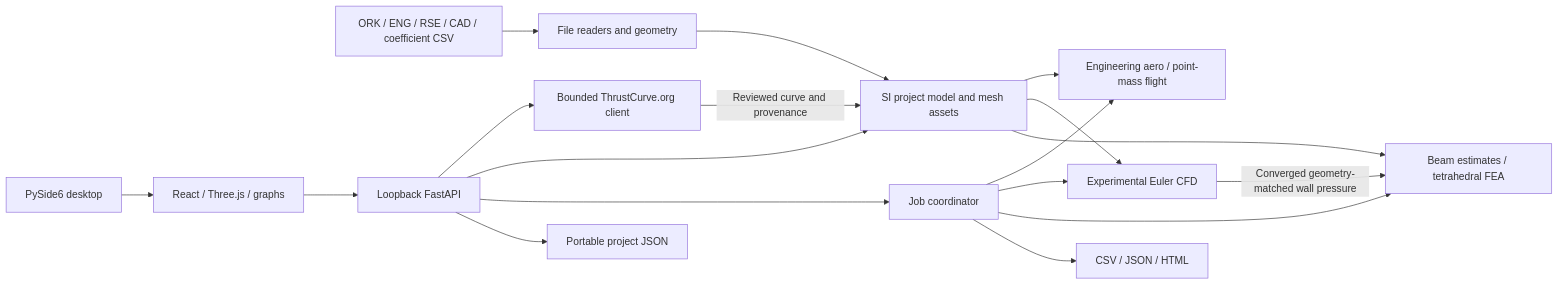
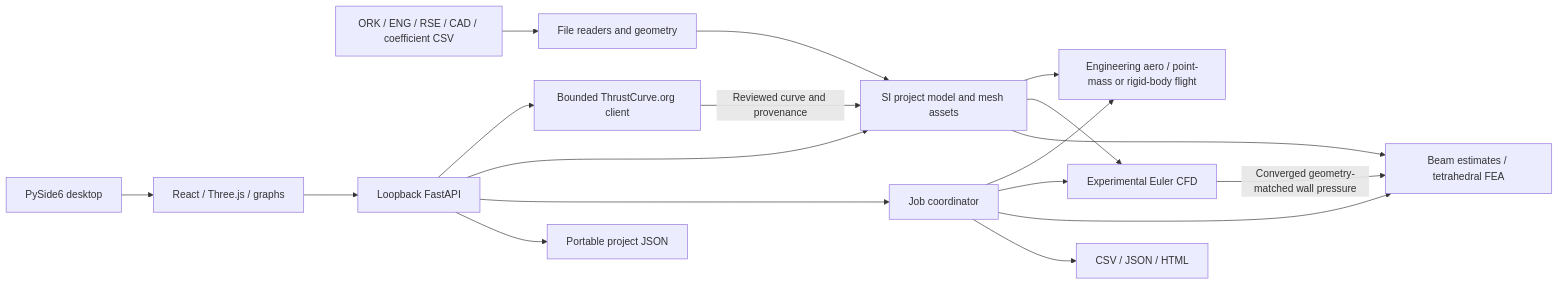
One commit to ThomasJ1214/stess-areo-chat changed the diagram in docs/ARCHITECTURE.md. Above: the diagram before and after it, drawn with Mermaid. The commit also changed other lines of this file and 22 other files, not shown here.

Commit message:
feat(physics): add rigid-body flight, causal gusts, fin dynamics and laminar CFD

````diff
--- a/docs/ARCHITECTURE.md
+++ b/docs/ARCHITECTURE.md
@@ -14,20 +14,20 @@
 ```mermaid
 flowchart LR
   Files[ORK / ENG / RSE / CAD / coefficient CSV] --> Imports[File readers and geometry]
   Imports --> Project[SI project model and mesh assets]
   Desktop[PySide6 desktop] --> UI[React / Three.js / graphs]
   UI --> API[Loopback FastAPI]
   API --> MotorCatalog[Bounded ThrustCurve.org client]
   MotorCatalog -->|Reviewed curve and provenance| Project
   API --> Project
   API --> Jobs[Job coordinator]
-  Jobs --> Aero[Engineering aero / point-mass flight]
+  Jobs --> Aero[Engineering aero / point-mass or rigid-body flight]
   Jobs --> CFD[Experimental Euler CFD]
   Jobs --> FEA[Beam estimates / tetrahedral FEA]
   Project --> Aero
   Project --> CFD
   Project --> FEA
   CFD -->|Converged geometry-matched wall pressure| FEA
   Jobs --> Exports[CSV / JSON / HTML]
   API --> Save[Portable project JSON]
 ```
````
